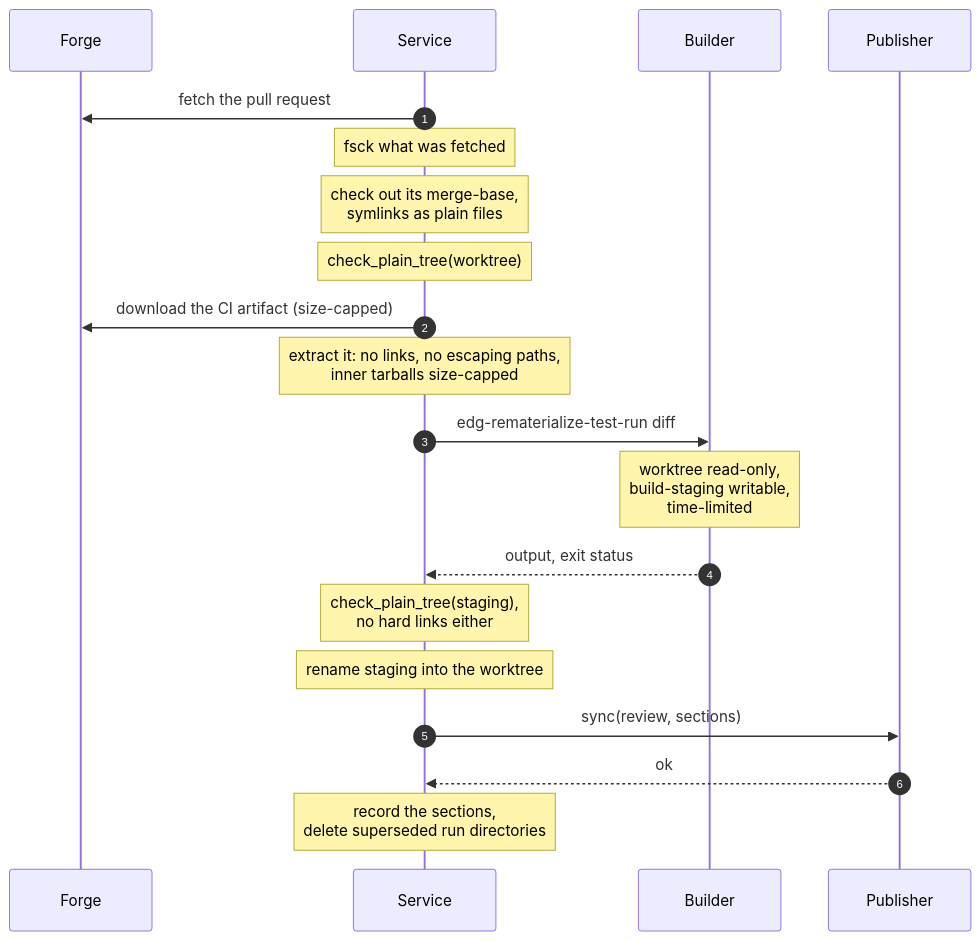
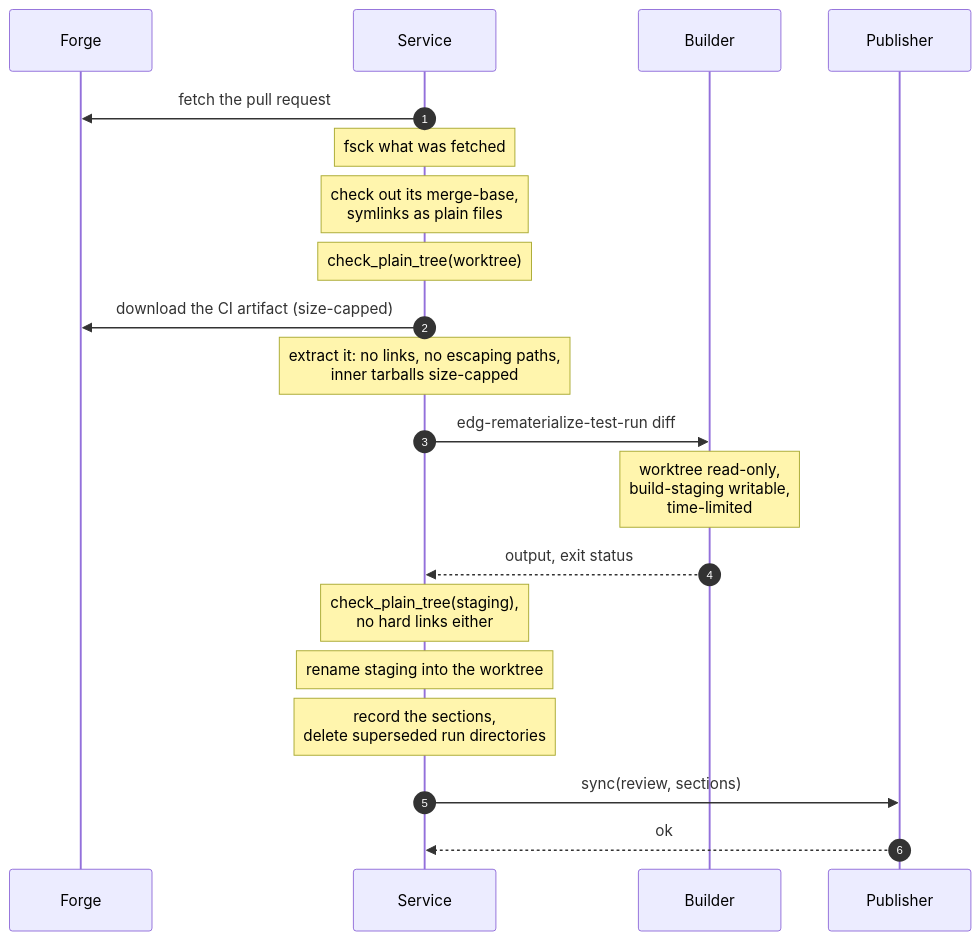
Before and after one commit to edgcpp/compiler: the third of 7 diagrams in dev_tools/services/acknowledg-forge/SANDBOXING.md, drawn with Mermaid. The commit also changed other lines of this file and 52 other files, not shown here.

````diff
--- a/dev_tools/services/acknowledg-forge/SANDBOXING.md
+++ b/dev_tools/services/acknowledg-forge/SANDBOXING.md
@@ -257,23 +269,23 @@
 ```mermaid
 sequenceDiagram
   autonumber
   participant F as Forge
   participant S as Service
   participant B as Builder
   participant P as Publisher
 
   S->>F: fetch the pull request
   Note over S: fsck what was fetched
   Note over S: check out its merge-base,<br/>symlinks as plain files
   Note over S: check_plain_tree(worktree)
   S->>F: download the CI artifact (size-capped)
   Note over S: extract it: no links, no escaping paths,<br/>inner tarballs size-capped
   S->>B: edg-rematerialize-test-run diff
   Note over B: worktree read-only,<br/>build-staging writable,<br/>time-limited
   B-->>S: output, exit status
   Note over S: check_plain_tree(staging),<br/>no hard links either
   Note over S: rename staging into the worktree
+  Note over S: record the sections,<br/>delete superseded run directories
   S->>P: sync(review, sections)
   P-->>S: ok
-  Note over S: record the sections,<br/>delete superseded run directories
 ```
````
